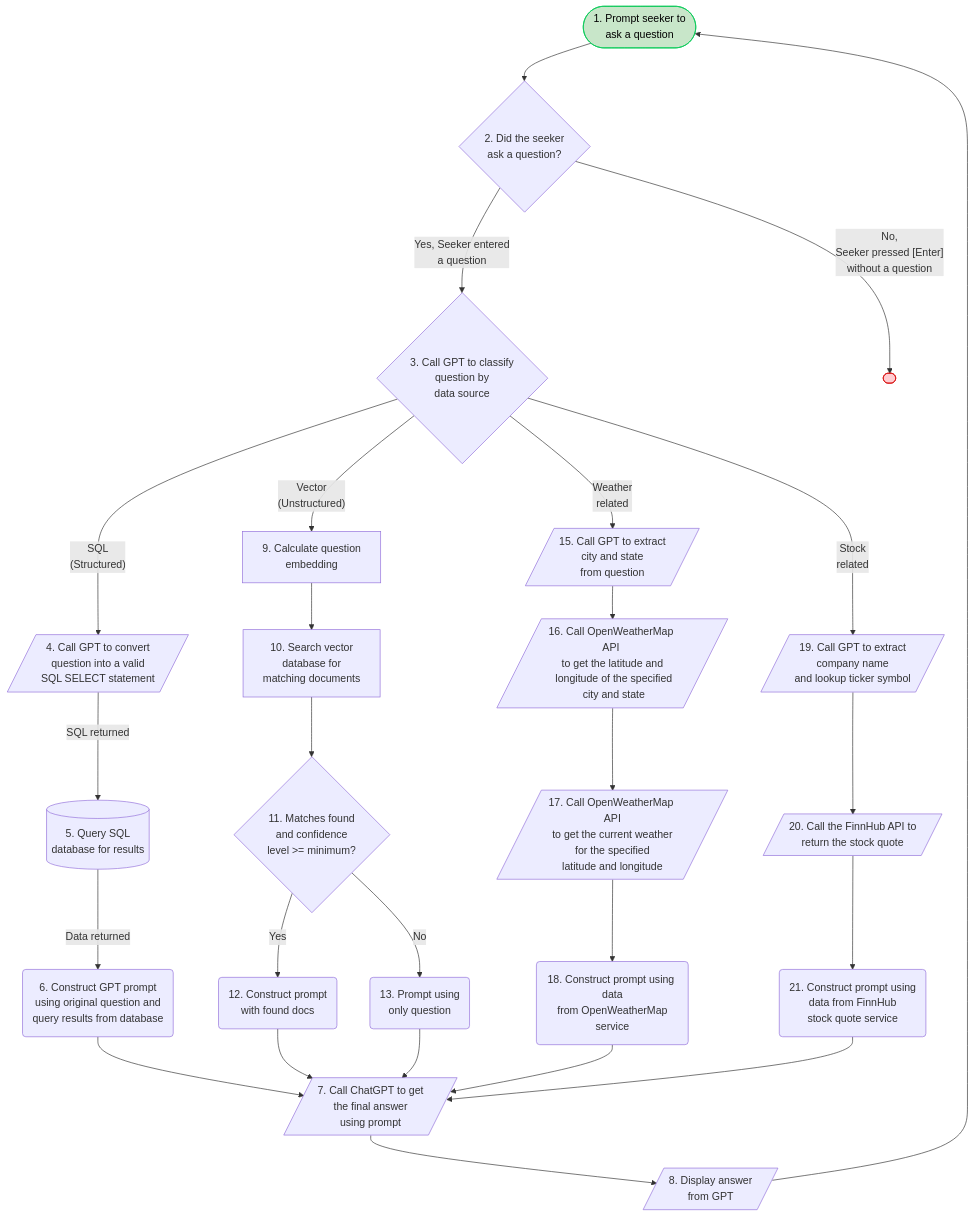
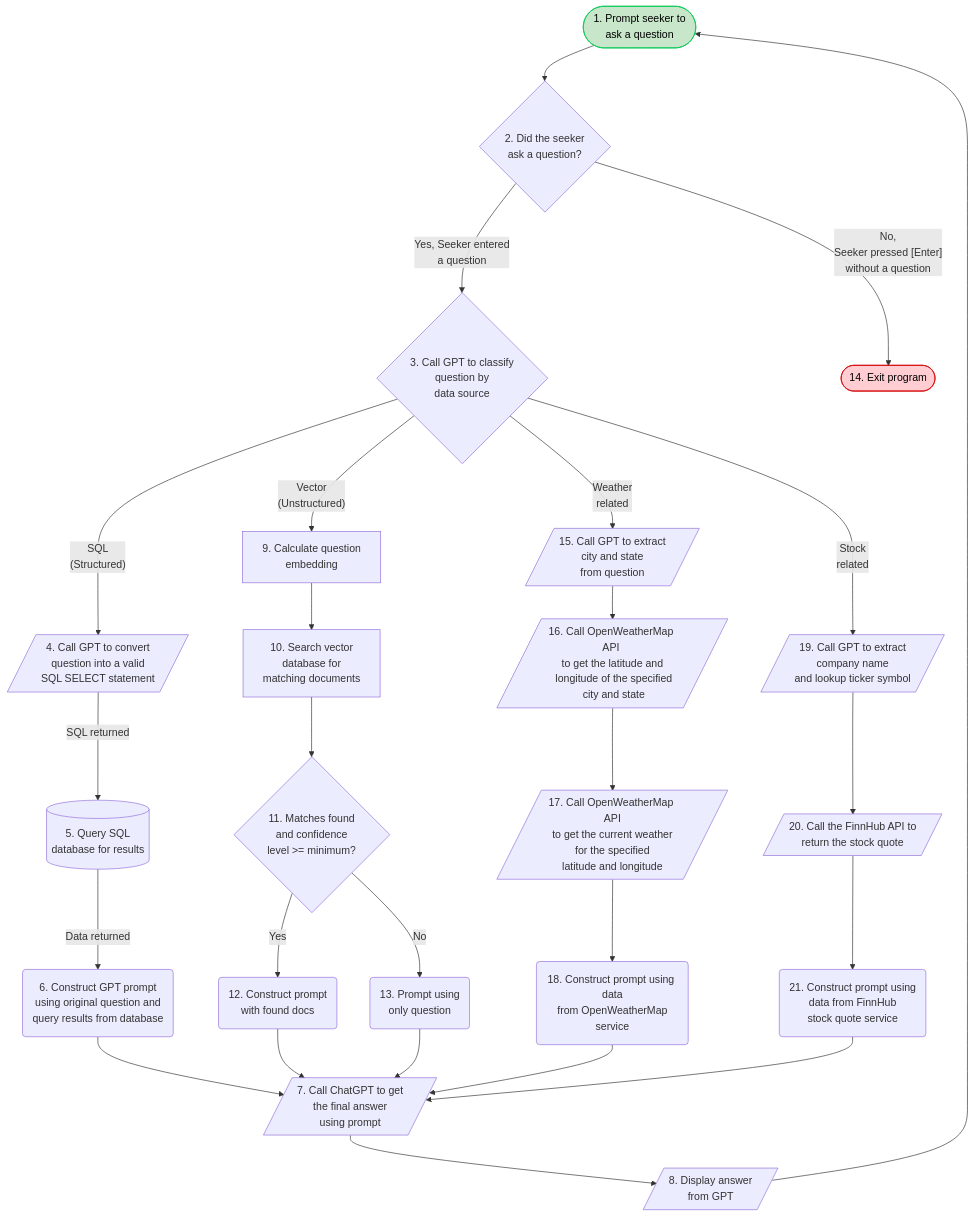
The diagram in README.markdown (megerow/RAG), drawn with Mermaid before and after one commit.

````diff
--- a/README.markdown
+++ b/README.markdown
@@ -3,32 +3,32 @@
 ```mermaid
 flowchart TD
     ng(["<span style='color: black'>1. Prompt seeker to<br> ask a question</span>"]) --> nz{"2. Did the seeker <br>ask a question?"}
     nz -- Yes, Seeker entered<br> a question --> nb{"3. Call GPT to classify<br>question by<br>data source"}
     nd[/"4. Call GPT to convert <br>question into a valid <br>SQL SELECT statement"/] -- SQL returned --> n3[("5. Query SQL <br>database for results")]
     n3 -- Data returned --> nf("6. Construct GPT prompt<br> using original question and <br>query results from database")
     nf --> nr[/"7. Call ChatGPT to get<br>the final answer<br> using prompt"/]
     nr --> nk[/"8. Display answer<br> from GPT"/]
     nk --> ng
-    nz -- No, <br>Seeker pressed [Enter]<br> without a question --> na(["<span style='color: black'14. Exit program</span>"])
+    nz -- No, <br>Seeker pressed [Enter]<br> without a question --> na(["<span style='color: black'>14. Exit program</span>"])
     nb -- SQL<br>(Structured) --> nd
     nb -- Vector<br>(Unstructured) --> n8["9. Calculate question <br>embedding"]
     n8 --> nj["10. Search vector<br>database for<br>matching documents"]
     nj --> n6{"11. Matches found<br>and confidence<br>level &gt;= minimum?"}
     n6 -- Yes --> nq("12. Construct prompt<br>with found docs")
     n6 -- No --> ns("13. Prompt using <br>only question")
     nq --> nr
     ns --> nr
     nb -- Weather<br>related --> nc[/"15. Call GPT to extract<br>city and state<br>from question"/]
     nb -- Stock<br>related --> n5[/"19. Call GPT to extract<br>company name<br>and lookup ticker symbol"/]
     nc --> ni[/"16. Call OpenWeatherMap API <br>to get the latitude and<br> longitude of the specified<br> city and state"/]
     ni --> nl[/"17. Call OpenWeatherMap API<br>to get the current weather<br>for the specified<br>latitude and longitude"/]
     n5 --> no[/"20. Call the FinnHub API to<br>return the stock quote"/]
     nl --> n2("18. Construct prompt using data<br>from OpenWeatherMap<br>service")
     n2 --> nr
     no --> nu("21. Construct prompt using<br>data from FinnHub<br>stock quote service")
     nu --> nr
     style ng stroke:#00C853,fill:#C8E6C9
     style na stroke:#D50000,fill:#FFCDD2
 
 
 ```
````
